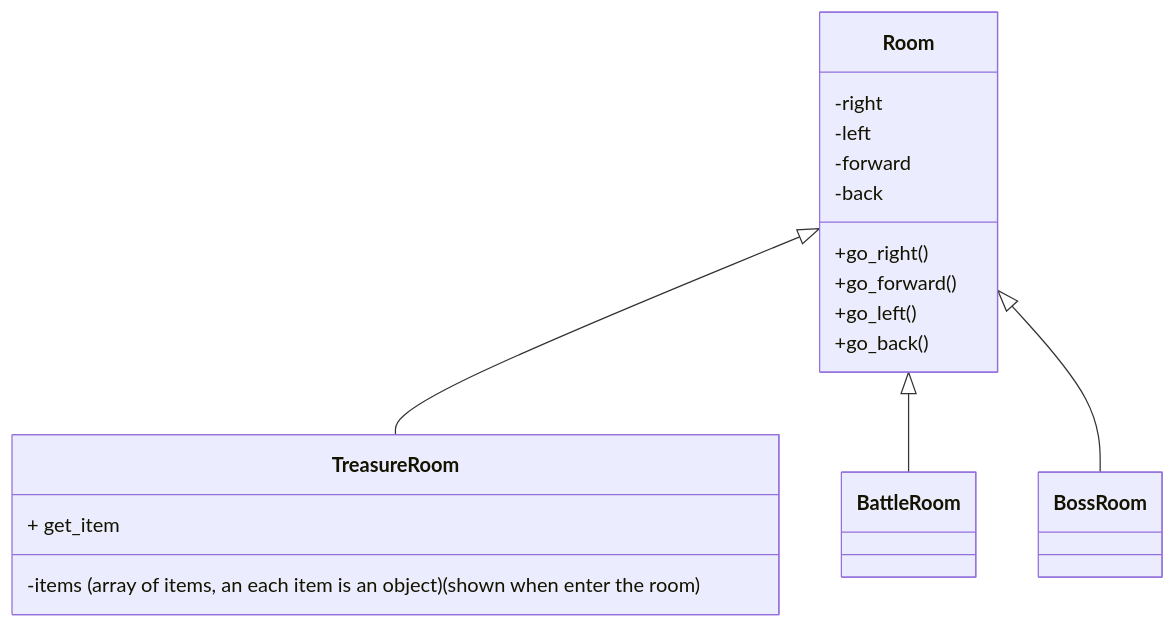
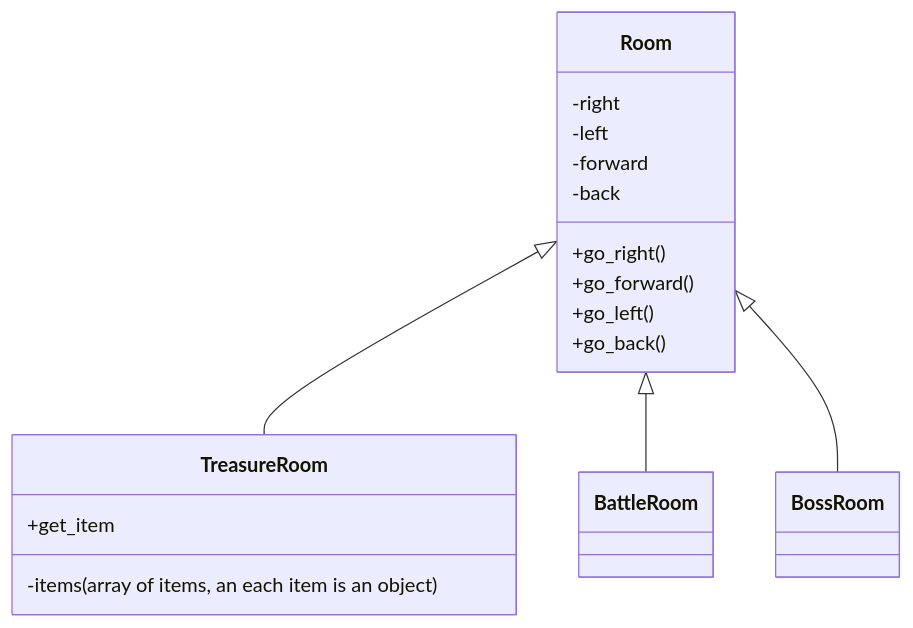
The first of 3 diagrams in README.md (edward-yee-ny/j1-summary-project-private-), drawn with Mermaid before and after one commit.

````diff
--- a/README.md
+++ b/README.md
@@ -60,17 +60,17 @@
 ```mermaid
 classDiagram
     Room <|-- TreasureRoom
     Room <|-- BattleRoom
     Room <|-- BossRoom
     Room : -right
     Room : -left
     Room : -forward
     Room : -back
     Room : +go_right()
     Room : +go_forward()
     Room : +go_left()
     Room : +go_back()
-    TreasureRoom : -items (array of items, an each item is an object) (shown when enter the room)
-    TreasureRoom : + get_item
+    TreasureRoom : -items(array of items, an each item is an object) 
+    TreasureRoom : +get_item
     
 ```
````
